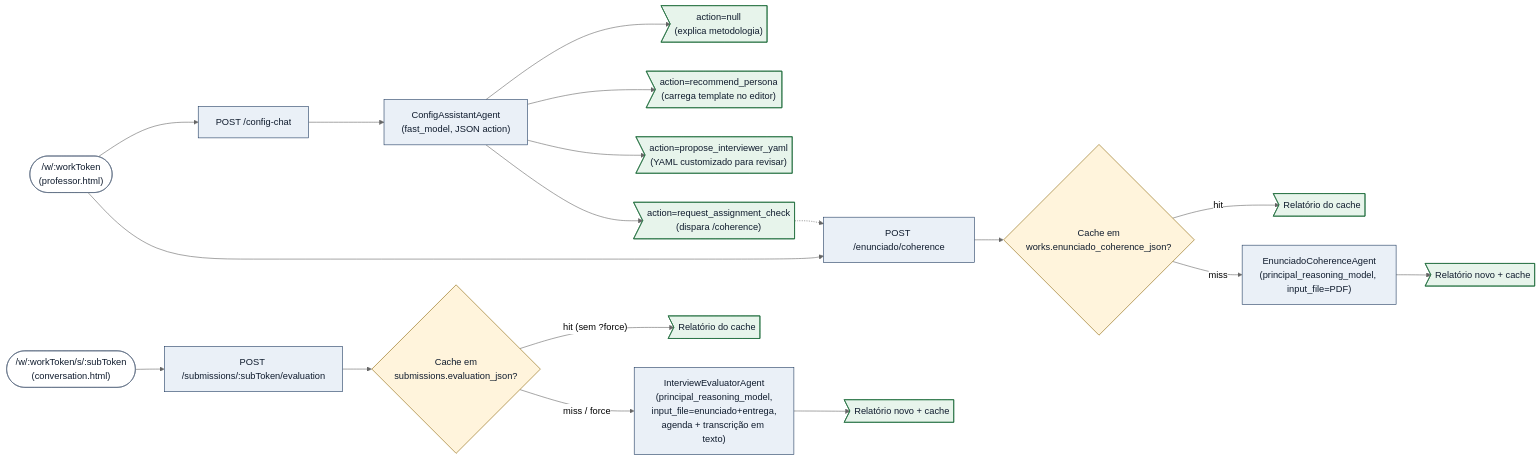
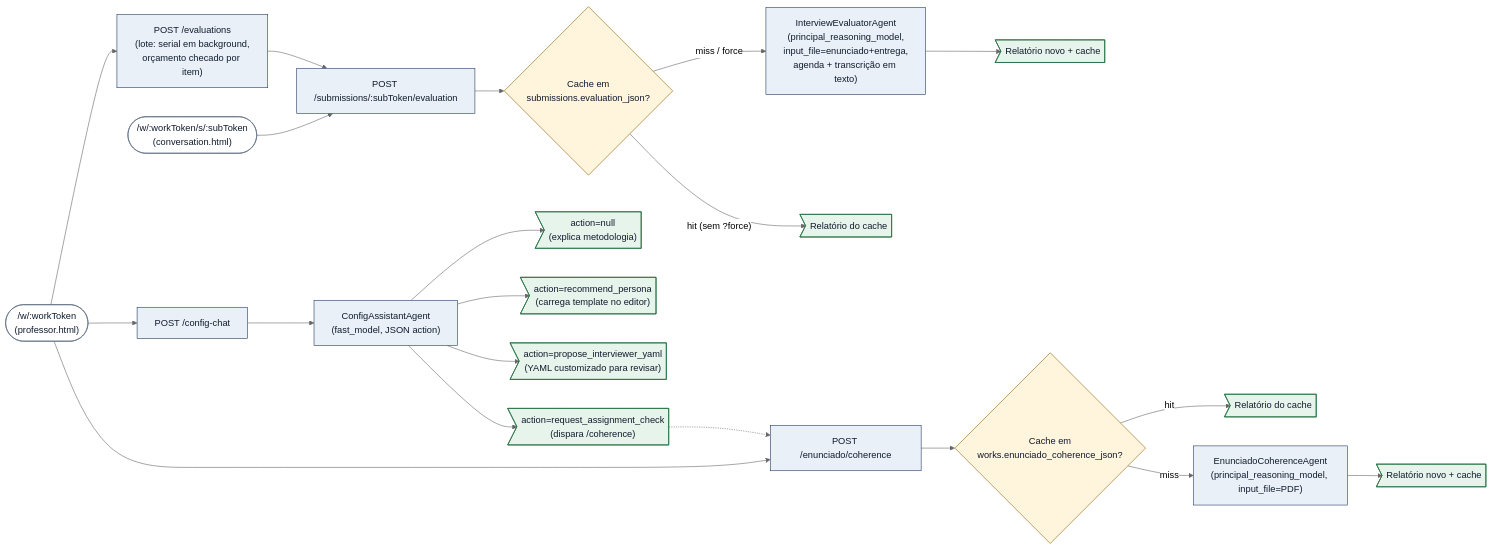
One commit to gladsjr/super-ta changed the second of 2 diagrams in docs/architecture.md. Above: the diagram before and after it, drawn with Mermaid (neutral theme). The commit also changed 7 other files, not shown here.

````diff
--- a/docs/architecture.md
+++ b/docs/architecture.md
@@ -127,36 +127,38 @@
 ```mermaid
 flowchart LR
   ProfUI(["/w/:workToken<br/>(professor.html)"]) --> ChatHandler["POST /config-chat"]
   ProfUI --> CoherenceHandler["POST /enunciado/coherence"]
   ConvUI(["/w/:workToken/s/:subToken<br/>(conversation.html)"]) --> EvalHandler["POST /submissions/:subToken/evaluation"]
+  ProfUI --> BatchHandler["POST /evaluations<br/>(lote: serial em background,<br/>orçamento checado por item)"]
+  BatchHandler --> EvalHandler
 
   EvalHandler --> EvalCache{"Cache em<br/>submissions.evaluation_json?"}
   EvalCache -- "hit (sem ?force)" --> OutEvalCached>"Relatório do cache"]
   EvalCache -- "miss / force" --> EvalAgent["InterviewEvaluatorAgent<br/>(principal_reasoning_model,<br/>input_file=enunciado+entrega,<br/>agenda + transcrição em texto)"]
   EvalAgent --> OutEvalFresh>"Relatório novo + cache"]
 
   ChatHandler --> ConfigAgent["ConfigAssistantAgent<br/>(fast_model, JSON action)"]
   ConfigAgent --> ActExplain>"action=null<br/>(explica metodologia)"]
   ConfigAgent --> ActPersona>"action=recommend_persona<br/>(carrega template no editor)"]
   ConfigAgent --> ActYaml>"action=propose_interviewer_yaml<br/>(YAML customizado para revisar)"]
   ConfigAgent --> ActCheck>"action=request_assignment_check<br/>(dispara /coherence)"]
   ActCheck -.-> CoherenceHandler
 
   CoherenceHandler --> Cache{"Cache em<br/>works.enunciado_coherence_json?"}
   Cache -- "hit" --> OutCached>"Relatório do cache"]
   Cache -- "miss" --> CoherenceAgent["EnunciadoCoherenceAgent<br/>(principal_reasoning_model, input_file=PDF)"]
   CoherenceAgent --> OutFresh>"Relatório novo + cache"]
 
   classDef agent fill:#eaf0f7,stroke:#1e3a5f,color:#0f1b2d;
   classDef gate  fill:#fff4dc,stroke:#8a6100,color:#0f1b2d;
   classDef out   fill:#e7f4eb,stroke:#1f6c3b,color:#0f1b2d;
   classDef entry fill:#ffffff,stroke:#5a6b80,color:#0f1b2d;
-  class ChatHandler,CoherenceHandler,ConfigAgent,CoherenceAgent,EvalHandler,EvalAgent agent
+  class ChatHandler,CoherenceHandler,ConfigAgent,CoherenceAgent,EvalHandler,BatchHandler,EvalAgent agent
   class Cache,EvalCache gate
   class ActExplain,ActPersona,ActYaml,ActCheck,OutCached,OutFresh,OutEvalCached,OutEvalFresh out
   class ProfUI,ConvUI entry
 
   click ConfigAgent "vscode://file/c:/Users/glads/src/super-ta/agents/ConfigAssistantAgent.js" "Abre ConfigAssistantAgent"
   click CoherenceAgent "vscode://file/c:/Users/glads/src/super-ta/agents/EnunciadoCoherenceAgent.js" "Abre EnunciadoCoherenceAgent"
   click EvalAgent "vscode://file/c:/Users/glads/src/super-ta/agents/InterviewEvaluatorAgent.js:162" "Abre o systemPromptBody do InterviewEvaluatorAgent"
 ```
````
